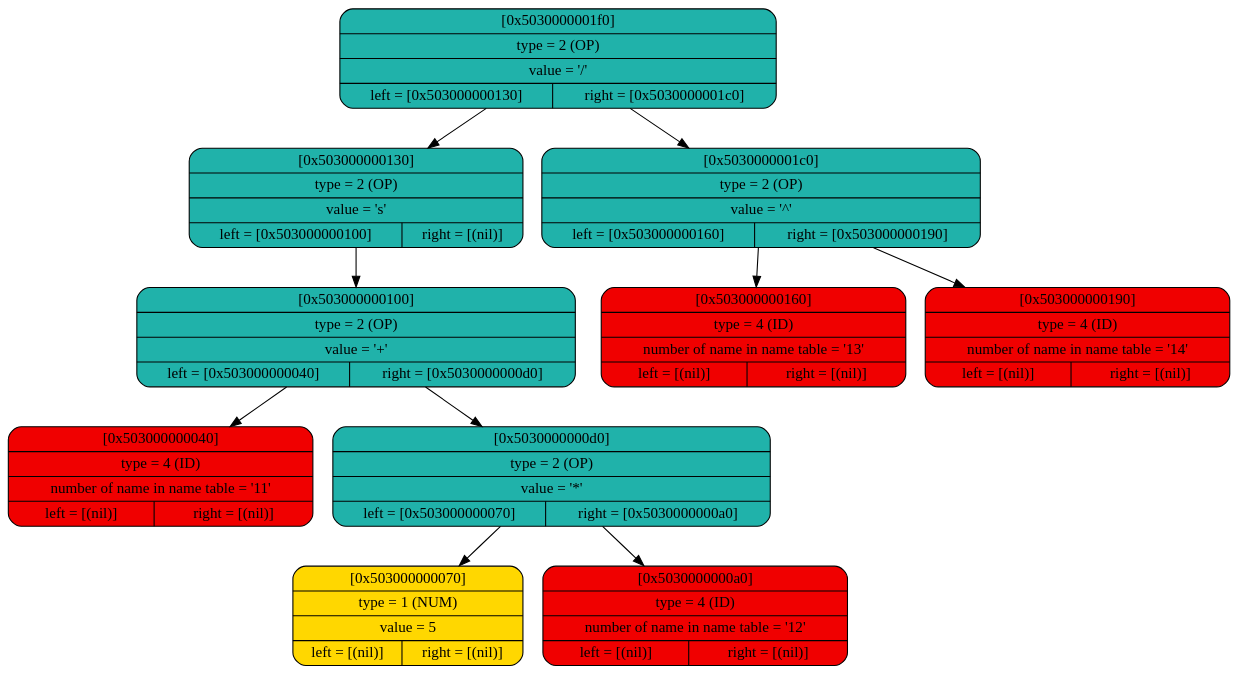
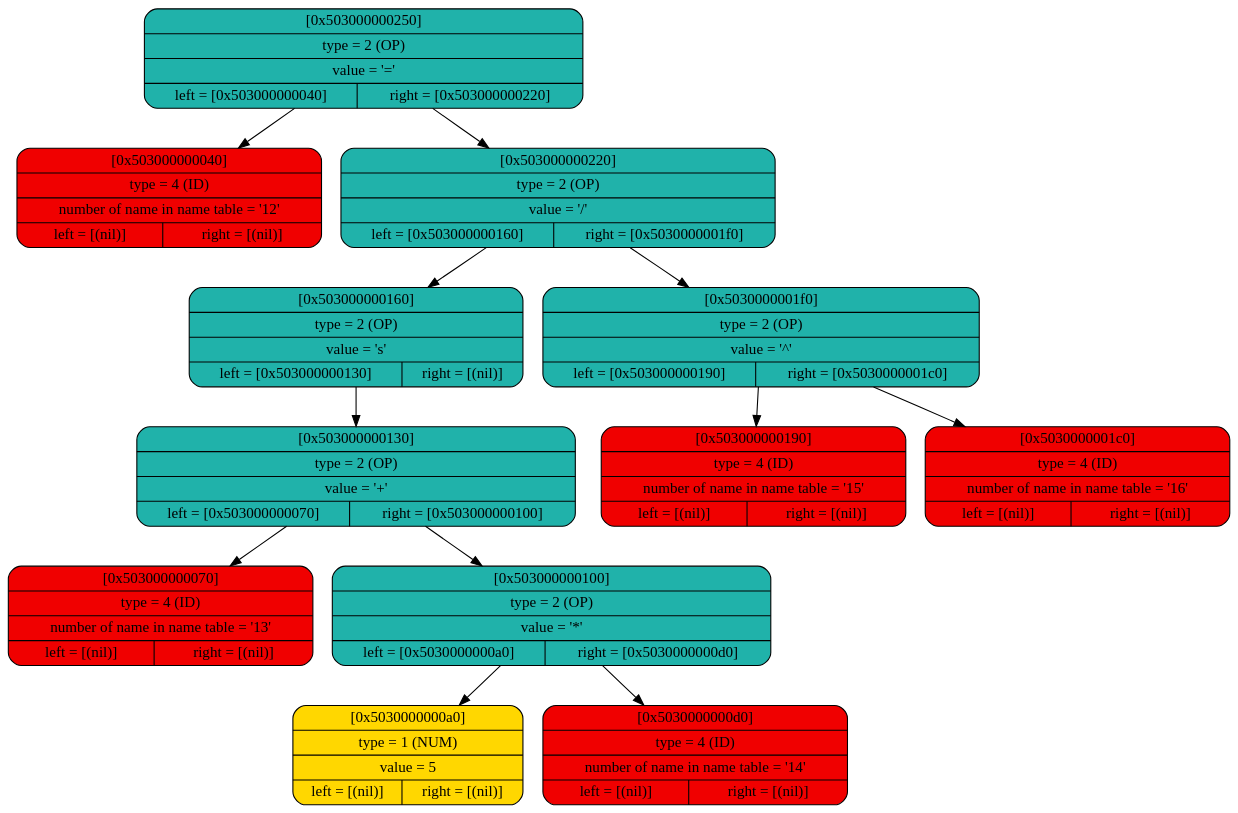
One commit to daniilgriga/MyProgrammingLanguage changed the diagram in build/graph_tree.dot. Above: the diagram before and after it, drawn with Graphviz. The commit also changed 3 other files, not shown here.

```diff
--- a/build/graph_tree.dot
+++ b/build/graph_tree.dot
@@ -1,24 +1,28 @@
 digraph
 {
 bgcolor="transparent"
-node0x5030000001f0 [shape=Mrecord; label = " { [0x5030000001f0] | type = 2 (OP)   | value = '/' | { left = [0x503000000130] | right = [0x5030000001c0] } }"; style = filled; fillcolor = "#20B2AA"];
-node0x5030000001f0 -> node0x503000000130;
+node0x503000000250 [shape=Mrecord; label = " { [0x503000000250] | type = 2 (OP)   | value = '=' | { left = [0x503000000040] | right = [0x503000000220] } }"; style = filled; fillcolor = "#20B2AA"];
+node0x503000000250 -> node0x503000000040;
+node0x503000000250 -> node0x503000000220;
+node0x503000000040 [shape=Mrecord; label = " { [0x503000000040] | type = 4 (ID)   | number of name in name table = '12' | { left = [(nil)] | right = [(nil)] } }"; style = filled; fillcolor = "#F00000"];
+node0x503000000220 [shape=Mrecord; label = " { [0x503000000220] | type = 2 (OP)   | value = '/' | { left = [0x503000000160] | right = [0x5030000001f0] } }"; style = filled; fillcolor = "#20B2AA"];
+node0x503000000220 -> node0x503000000160;
+node0x503000000220 -> node0x5030000001f0;
+node0x503000000160 [shape=Mrecord; label = " { [0x503000000160] | type = 2 (OP)   | value = 's' | { left = [0x503000000130] | right = [(nil)] } }"; style = filled; fillcolor = "#20B2AA"];
+node0x503000000160 -> node0x503000000130;
+node0x503000000130 [shape=Mrecord; label = " { [0x503000000130] | type = 2 (OP)   | value = '+' | { left = [0x503000000070] | right = [0x503000000100] } }"; style = filled; fillcolor = "#20B2AA"];
+node0x503000000130 -> node0x503000000070;
+node0x503000000130 -> node0x503000000100;
+node0x503000000070 [shape=Mrecord; label = " { [0x503000000070] | type = 4 (ID)   | number of name in name table = '13' | { left = [(nil)] | right = [(nil)] } }"; style = filled; fillcolor = "#F00000"];
+node0x503000000100 [shape=Mrecord; label = " { [0x503000000100] | type = 2 (OP)   | value = '*' | { left = [0x5030000000a0] | right = [0x5030000000d0] } }"; style = filled; fillcolor = "#20B2AA"];
+node0x503000000100 -> node0x5030000000a0;
+node0x503000000100 -> node0x5030000000d0;
+node0x5030000000a0 [shape=Mrecord; label = " { [0x5030000000a0] | type = 1 (NUM)  | value = 5   | { left = [(nil)] | right = [(nil)] } }"; style = filled; fillcolor = "#FFD700"];
+node0x5030000000d0 [shape=Mrecord; label = " { [0x5030000000d0] | type = 4 (ID)   | number of name in name table = '14' | { left = [(nil)] | right = [(nil)] } }"; style = filled; fillcolor = "#F00000"];
+node0x5030000001f0 [shape=Mrecord; label = " { [0x5030000001f0] | type = 2 (OP)   | value = '^' | { left = [0x503000000190] | right = [0x5030000001c0] } }"; style = filled; fillcolor = "#20B2AA"];
+node0x5030000001f0 -> node0x503000000190;
 node0x5030000001f0 -> node0x5030000001c0;
-node0x503000000130 [shape=Mrecord; label = " { [0x503000000130] | type = 2 (OP)   | value = 's' | { left = [0x503000000100] | right = [(nil)] } }"; style = filled; fillcolor = "#20B2AA"];
-node0x503000000130 -> node0x503000000100;
-node0x503000000100 [shape=Mrecord; label = " { [0x503000000100] | type = 2 (OP)   | value = '+' | { left = [0x503000000040] | right = [0x5030000000d0] } }"; style = filled; fillcolor = "#20B2AA"];
-node0x503000000100 -> node0x503000000040;
-node0x503000000100 -> node0x5030000000d0;
-node0x503000000040 [shape=Mrecord; label = " { [0x503000000040] | type = 4 (ID)   | number of name in name table = '11' | { left = [(nil)] | right = [(nil)] } }"; style = filled; fillcolor = "#F00000"];
-node0x5030000000d0 [shape=Mrecord; label = " { [0x5030000000d0] | type = 2 (OP)   | value = '*' | { left = [0x503000000070] | right = [0x5030000000a0] } }"; style = filled; fillcolor = "#20B2AA"];
-node0x5030000000d0 -> node0x503000000070;
-node0x5030000000d0 -> node0x5030000000a0;
-node0x503000000070 [shape=Mrecord; label = " { [0x503000000070] | type = 1 (NUM)  | value = 5   | { left = [(nil)] | right = [(nil)] } }"; style = filled; fillcolor = "#FFD700"];
-node0x5030000000a0 [shape=Mrecord; label = " { [0x5030000000a0] | type = 4 (ID)   | number of name in name table = '12' | { left = [(nil)] | right = [(nil)] } }"; style = filled; fillcolor = "#F00000"];
-node0x5030000001c0 [shape=Mrecord; label = " { [0x5030000001c0] | type = 2 (OP)   | value = '^' | { left = [0x503000000160] | right = [0x503000000190] } }"; style = filled; fillcolor = "#20B2AA"];
-node0x5030000001c0 -> node0x503000000160;
-node0x5030000001c0 -> node0x503000000190;
-node0x503000000160 [shape=Mrecord; label = " { [0x503000000160] | type = 4 (ID)   | number of name in name table = '13' | { left = [(nil)] | right = [(nil)] } }"; style = filled; fillcolor = "#F00000"];
-node0x503000000190 [shape=Mrecord; label = " { [0x503000000190] | type = 4 (ID)   | number of name in name table = '14' | { left = [(nil)] | right = [(nil)] } }"; style = filled; fillcolor = "#F00000"];
+node0x503000000190 [shape=Mrecord; label = " { [0x503000000190] | type = 4 (ID)   | number of name in name table = '15' | { left = [(nil)] | right = [(nil)] } }"; style = filled; fillcolor = "#F00000"];
+node0x5030000001c0 [shape=Mrecord; label = " { [0x5030000001c0] | type = 4 (ID)   | number of name in name table = '16' | { left = [(nil)] | right = [(nil)] } }"; style = filled; fillcolor = "#F00000"];
 
 }
```
